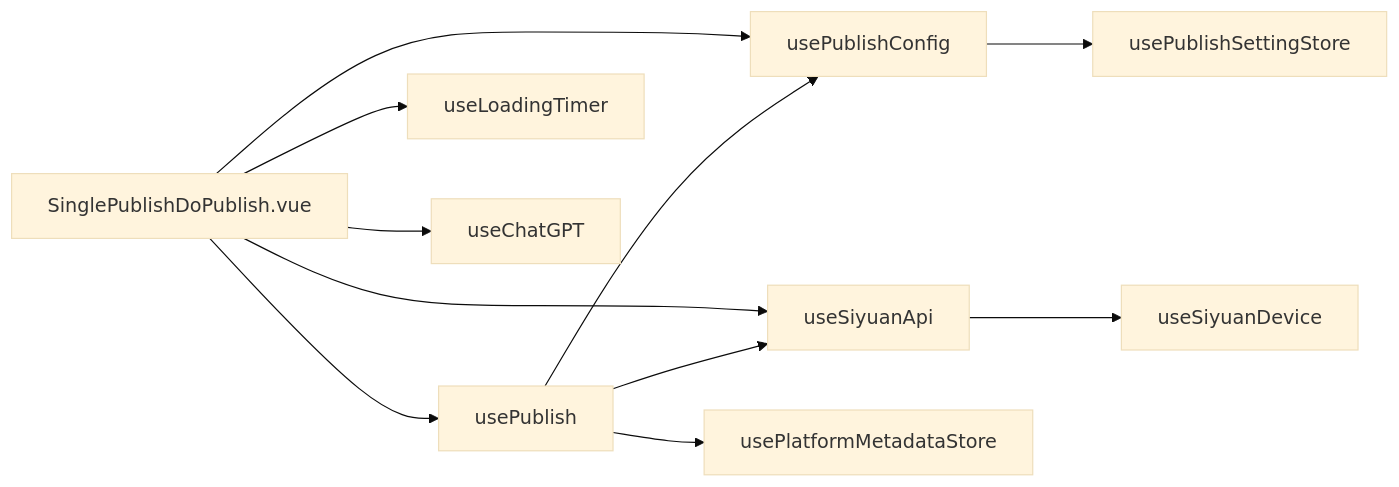
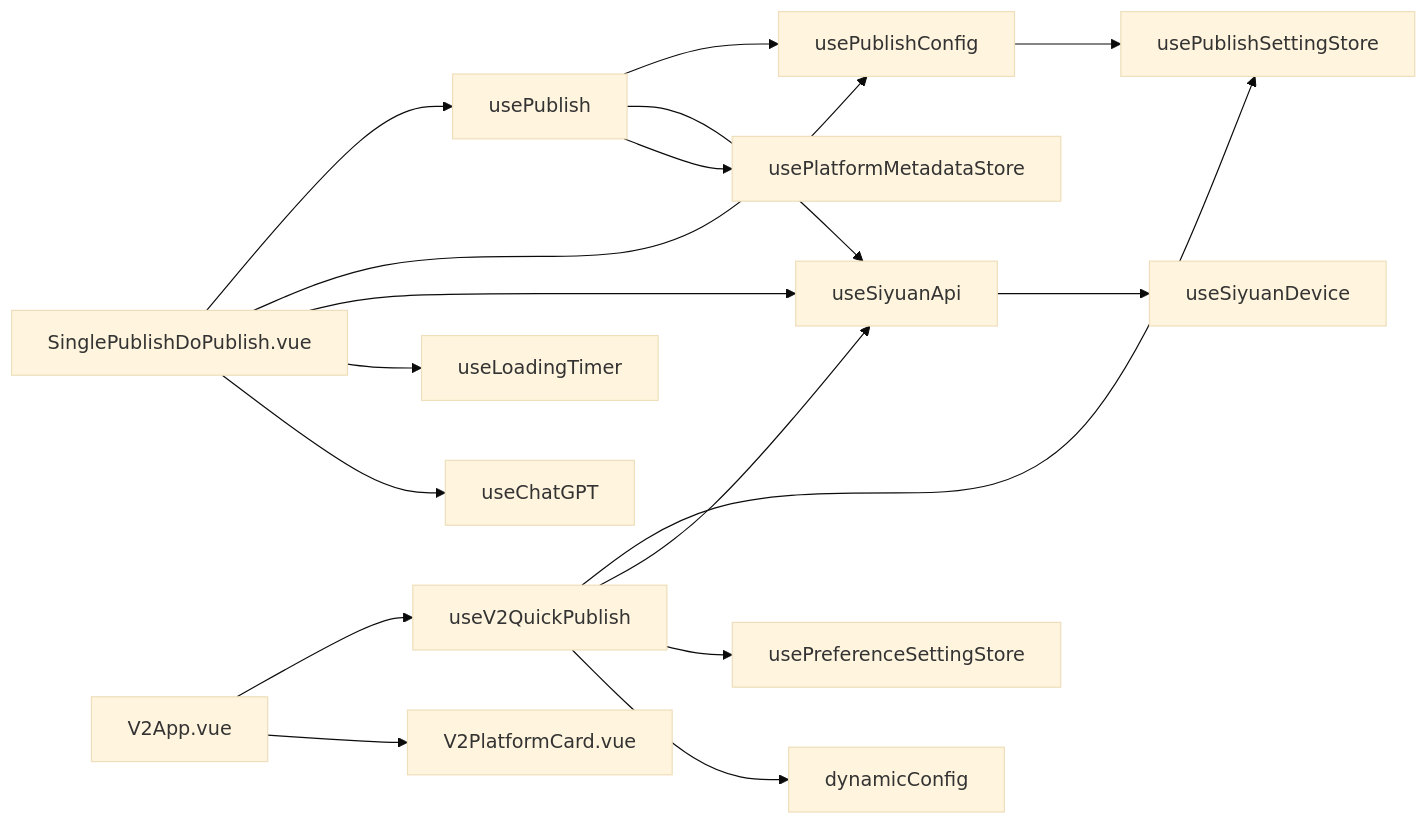
Before and after one commit to terwer/siyuan-plugin-publisher: the eighth of 8 diagrams in .qoder/repowiki/zh/content/核心架构/组件架构设计/Composition API设计模式/Composition API设计模式.md, drawn with Mermaid (base theme). The commit also changed other lines of this file and 4 other files, not shown here.

First line of the commit message:
feat(v2): add comprehensive documentation and enhance UI for V2 quick publish

````diff
--- a/.qoder/repowiki/zh/content/核心架构/组件架构设计/Composition API设计模式/Composition API设计模式.md
+++ b/.qoder/repowiki/zh/content/核心架构/组件架构设计/Composition API设计模式/Composition API设计模式.md
@@ -381,13 +423,19 @@
 ```mermaid
 graph LR
 DSP["SinglePublishDoPublish.vue"] --> UP["usePublish"]
 DSP --> UPC["usePublishConfig"]
 DSP --> USA["useSiyuanApi"]
 DSP --> ULT["useLoadingTimer"]
 DSP --> UC["useChatGPT"]
+V2A["V2App.vue"] --> UV2QP["useV2QuickPublish"]
+V2A --> V2PC["V2PlatformCard.vue"]
 UP --> UPC
 UP --> USA
 UPC --> UPS["usePublishSettingStore"]
 USA --> USD["useSiyuanDevice"]
 UP --> UPM["usePlatformMetadataStore"]
+UV2QP --> UPS
+UV2QP --> USA
+UV2QP --> UPREF["usePreferenceSettingStore"]
+UV2QP --> DC["dynamicConfig"]
 ```
````
